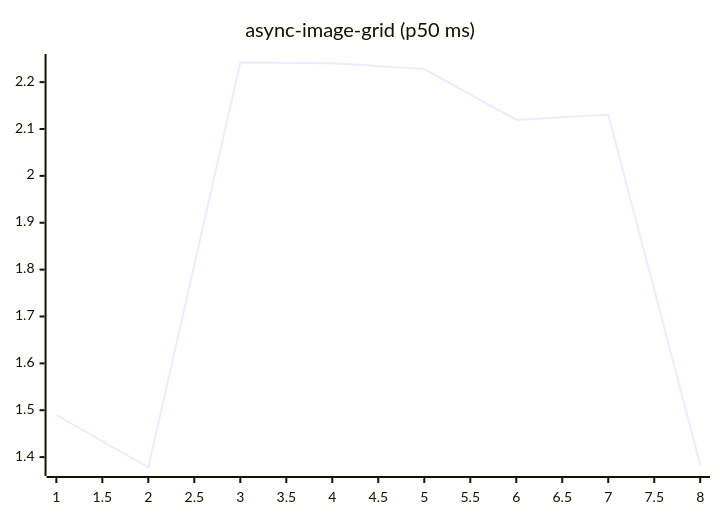
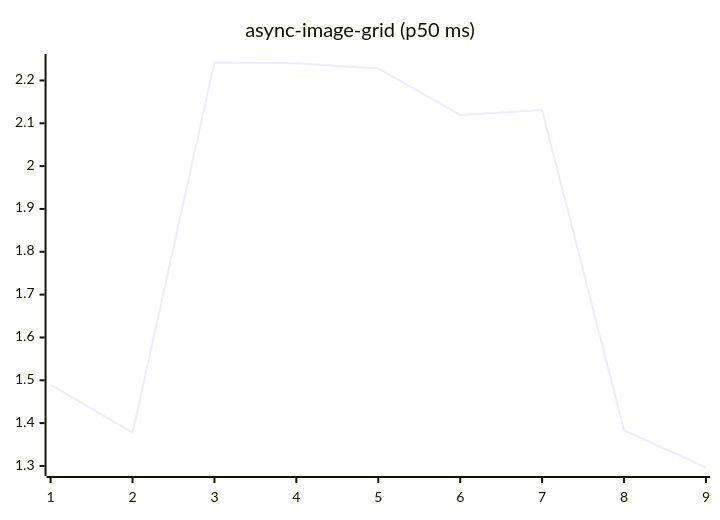
One commit to josha/Facet changed the fifth of 27 diagrams in README.md. Above: the diagram before and after it, drawn with Mermaid. The commit also changed other lines of this file and 2 other files, not shown here.

````diff
--- a/README.md
+++ b/README.md
@@ -91,6 +91,6 @@
 ```mermaid
 xychart-beta
     title "async-image-grid (p50 ms)"
-    x-axis 1 --> 8
-    line [1.4898, 1.3778, 2.2419, 2.2404, 2.2280, 2.1194, 2.1310, 1.3834]
+    x-axis 1 --> 9
+    line [1.4898, 1.3778, 2.2419, 2.2404, 2.2280, 2.1194, 2.1310, 1.3834, 1.2964]
 ```
````
